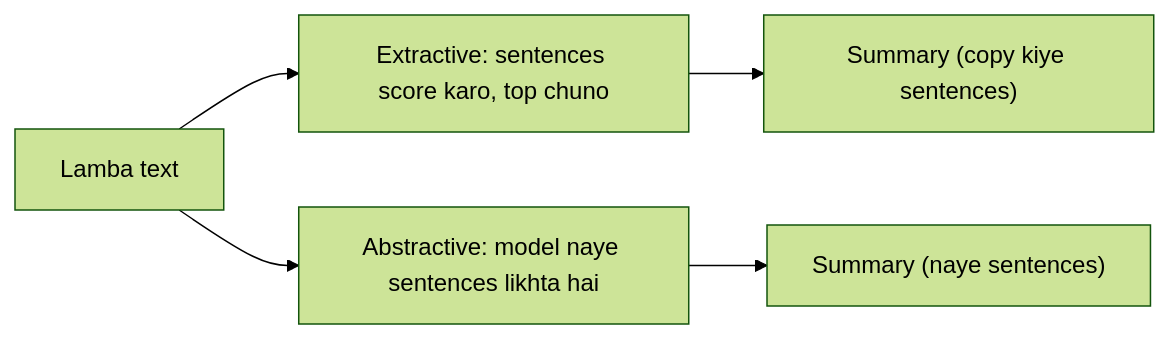
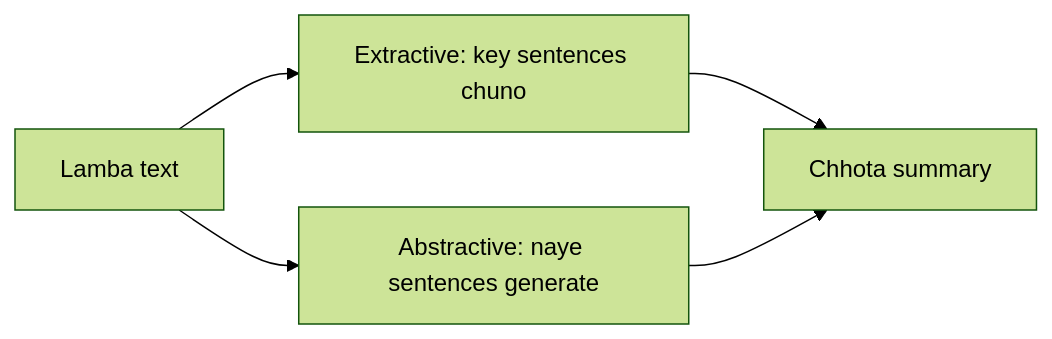
Before and after one commit to TrendySloth1001/sem-seven-notes: the diagram in content/natural-language-processing/pyq/2024-12/q6a.hi.mdx, drawn with Mermaid (forest theme). The commit also changed other lines of this file and 406 other files, not shown here.

````diff
--- a/content/natural-language-processing/pyq/2024-12/q6a.hi.mdx
+++ b/content/natural-language-processing/pyq/2024-12/q6a.hi.mdx
@@ -14,6 +16,6 @@
 ```mermaid
-%% caption: Extractive summarization sentences ko score karke chunti hai; abstractive naye sentences likhti hai.
+%% caption: Extractive sentences chunta hai; abstractive naye likhta hai.
 flowchart LR
-  T["Lamba text"] --> E["Extractive: sentences score karo, top chuno"] --> S1["Summary (copy kiye sentences)"]
-  T --> A["Abstractive: model naye sentences likhta hai"] --> S2["Summary (naye sentences)"]
+  T["Lamba text"] --> E["Extractive: key sentences chuno"] --> S["Chhota summary"]
+  T --> A["Abstractive: naye sentences generate"] --> S
 ```
````
